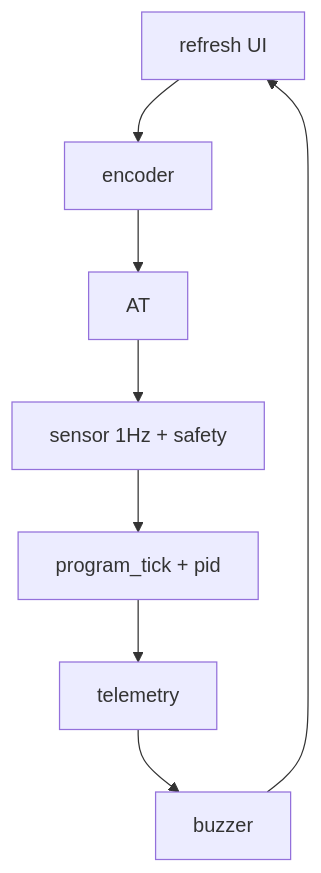
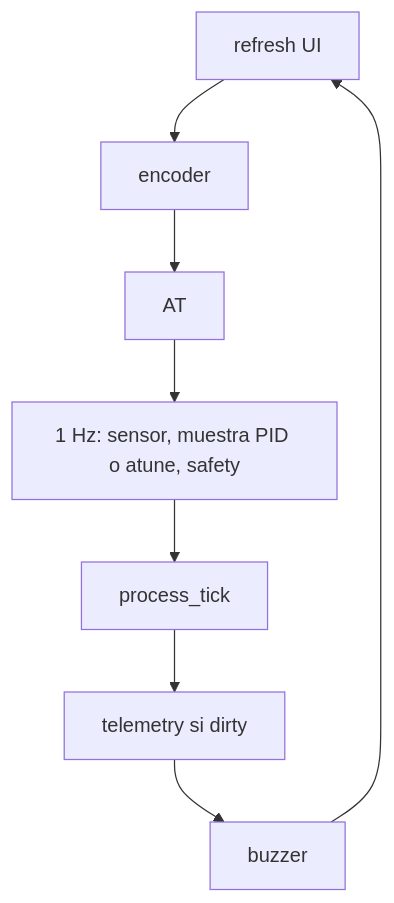
One commit to krisskira/smd-soldering-hotplate changed the third of 3 diagrams in doc/architecture.md. Above: the diagram before and after it, drawn with Mermaid. The commit also changed other lines of this file and 25 other files, not shown here.

````diff
--- a/doc/architecture.md
+++ b/doc/architecture.md
@@ -90,10 +90,10 @@
 ```mermaid
 flowchart TD
   r[refresh UI] --> e[encoder]
   e --> a[AT]
-  a --> s[sensor 1Hz + safety]
-  s --> p[program_tick + pid]
-  p --> t[telemetry]
+  a --> s["1 Hz: sensor, muestra PID o atune, safety"]
+  s --> p[process_tick]
+  p --> t["telemetry si dirty"]
   t --> b[buzzer]
   b --> r
 ```
````
